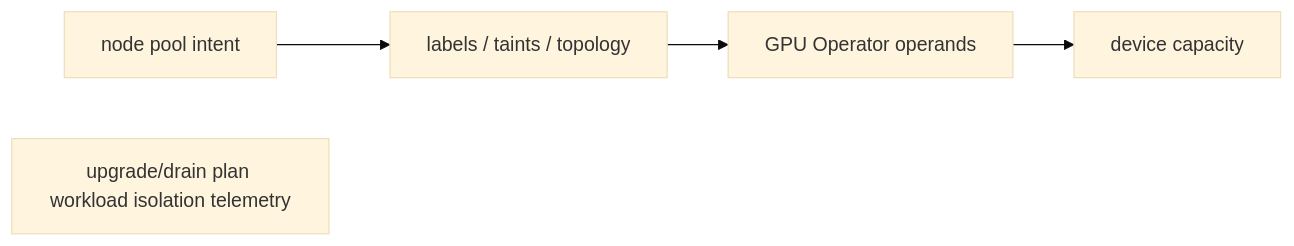
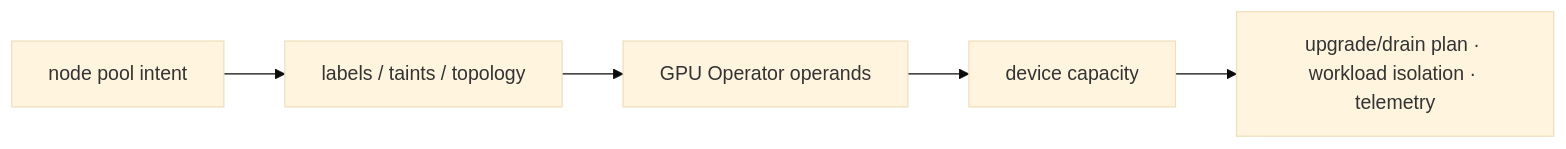
The diagram in docs/volume-03/17-senior-deep-dive-8-gpu-platform-operations-node-pools-operators-and-resource-i.md (jithinpnjm/nvidia-devops), drawn with Mermaid (base theme) before and after one commit. The commit also changed 99 other files, not shown here.

````diff
--- a/docs/volume-03/17-senior-deep-dive-8-gpu-platform-operations-node-pools-operators-and-resource-i.md
+++ b/docs/volume-03/17-senior-deep-dive-8-gpu-platform-operations-node-pools-operators-and-resource-i.md
@@ -42,12 +42,5 @@
 ```mermaid
 flowchart LR
-  %% Converted from the original ASCII diagram; source wording is preserved.
-  n0["node pool intent"]
-  n1["labels / taints / topology"]
-  n2["GPU Operator operands"]
-  n3["device capacity"]
-  n4["upgrade/drain plan workload isolation telemetry"]
-  n0 --> n1
-  n1 --> n2
-  n2 --> n3
+  Intent["node pool intent"] --> Placement["labels / taints / topology"] --> Operator["GPU Operator operands"]
+  Operator --> Capacity["device capacity"] --> Outcomes["upgrade/drain plan · workload isolation · telemetry"]
 ```
````
